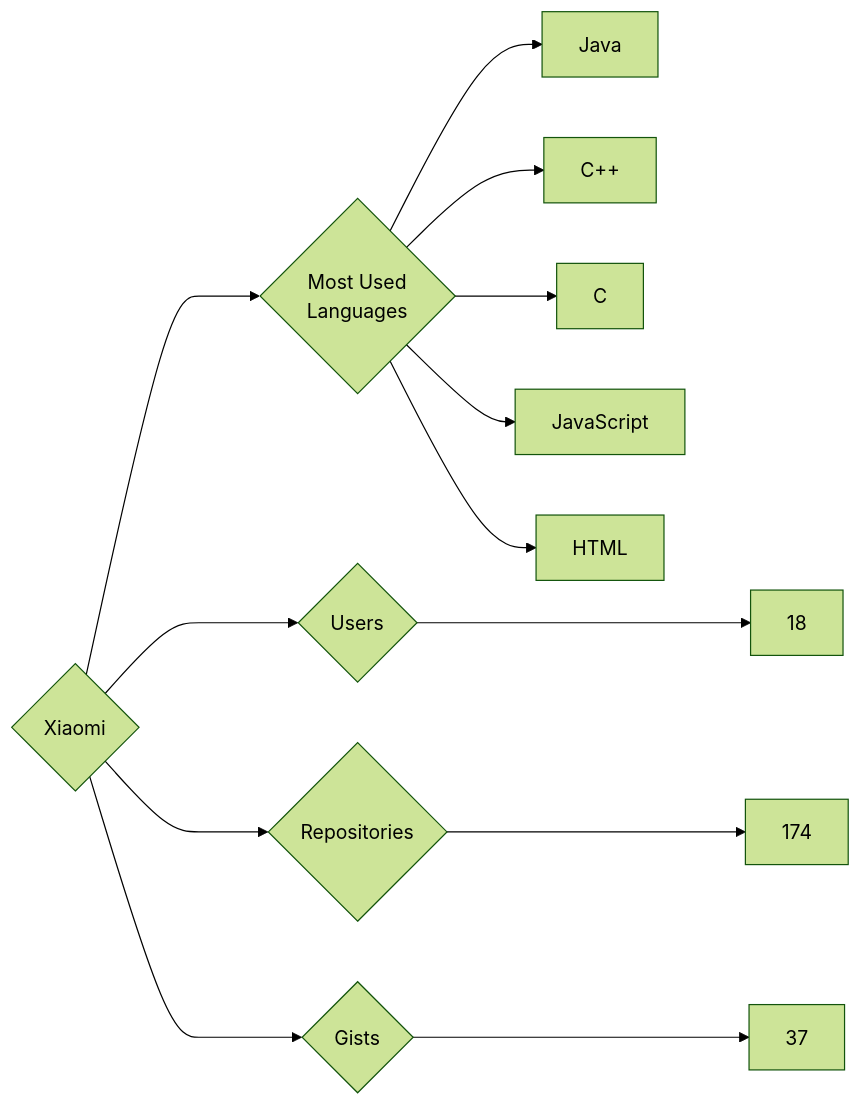
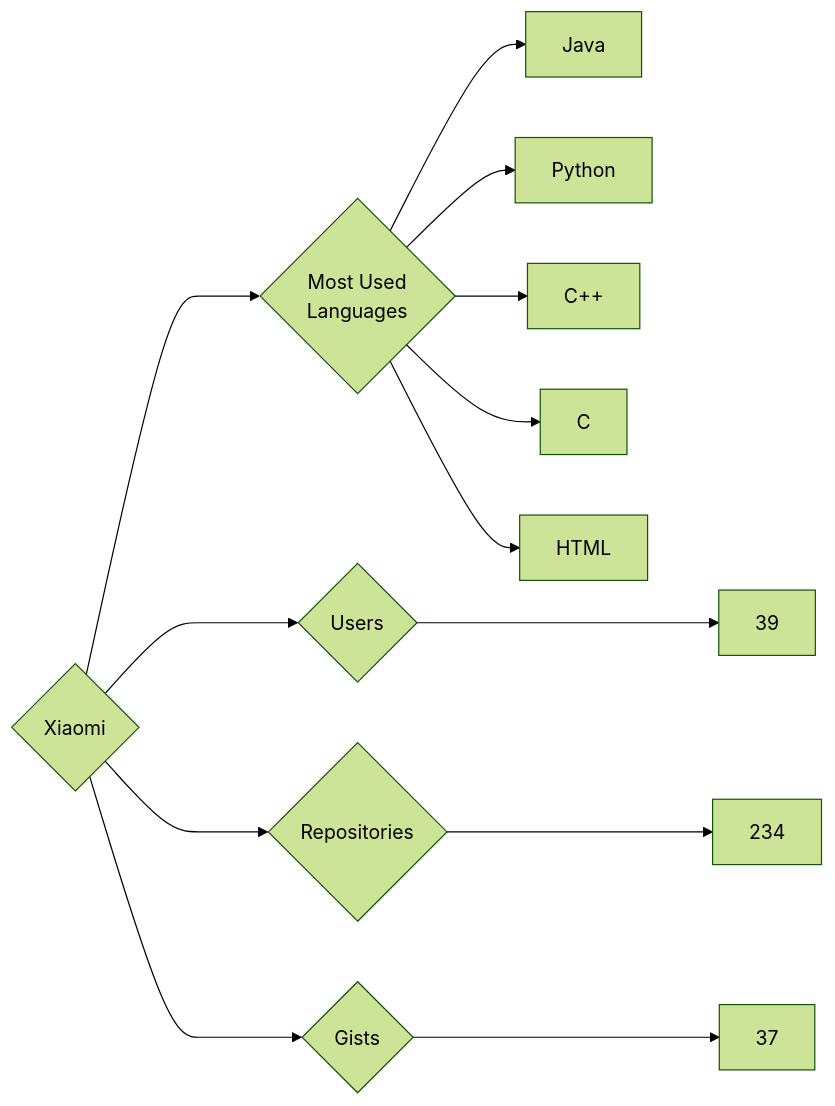
Before and after one commit to trickest/insiders: the diagram in targets/Xiaomi/README.md, drawn with Mermaid (forest theme). The commit also changed 1011 other files, not shown here.

````diff
--- a/targets/Xiaomi/README.md
+++ b/targets/Xiaomi/README.md
@@ -3,13 +3,13 @@
 ```mermaid
 graph LR
 COMPANY_NAME{Xiaomi}
-COMPANY_NAME ---> U{Users} ---> UN[18]
-COMPANY_NAME ---> R{Repositories} ---> RN[174]
+COMPANY_NAME ---> U{Users} ---> UN[39]
+COMPANY_NAME ---> R{Repositories} ---> RN[234]
 COMPANY_NAME ---> G{Gists} ---> GN[37]
 COMPANY_NAME ---> ML{Most Used<br>Languages}
 ML --> Java[Java]
+ML --> Python[Python]
 ML --> C++[C++]
 ML --> C[C]
-ML --> JavaScript[JavaScript]
 ML --> HTML[HTML]
 ```
````
